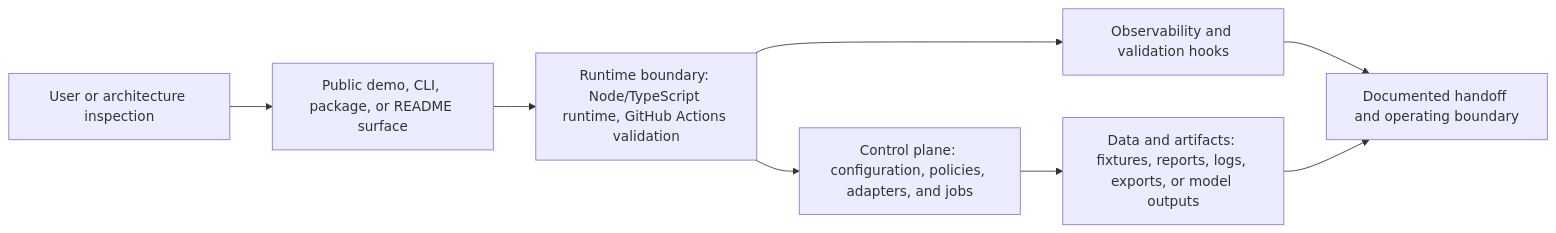
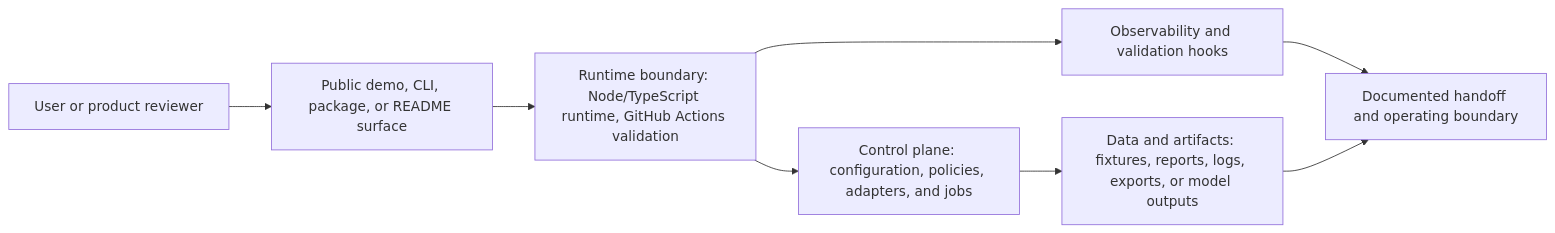
One commit to KIM3310/the-savior changed the diagram in docs/system-architecture.md. Above: the diagram before and after it, drawn with Mermaid. The commit also changed 22 other files, not shown here.

````diff
--- a/docs/system-architecture.md
+++ b/docs/system-architecture.md
@@ -18,10 +18,10 @@
 ```mermaid
 flowchart LR
-    User["User or architecture inspection"] --> Surface["Public demo, CLI, package, or README surface"]
+    User["User or product reviewer"] --> Surface["Public demo, CLI, package, or README surface"]
     Surface --> Runtime["Runtime boundary: Node/TypeScript runtime, GitHub Actions validation"]
     Runtime --> Control["Control plane: configuration, policies, adapters, and jobs"]
     Control --> Data["Data and artifacts: fixtures, reports, logs, exports, or model outputs"]
     Runtime --> Observability["Observability and validation hooks"]
     Observability --> Handoff["Documented handoff and operating boundary"]
     Data --> Handoff
 ```
````
